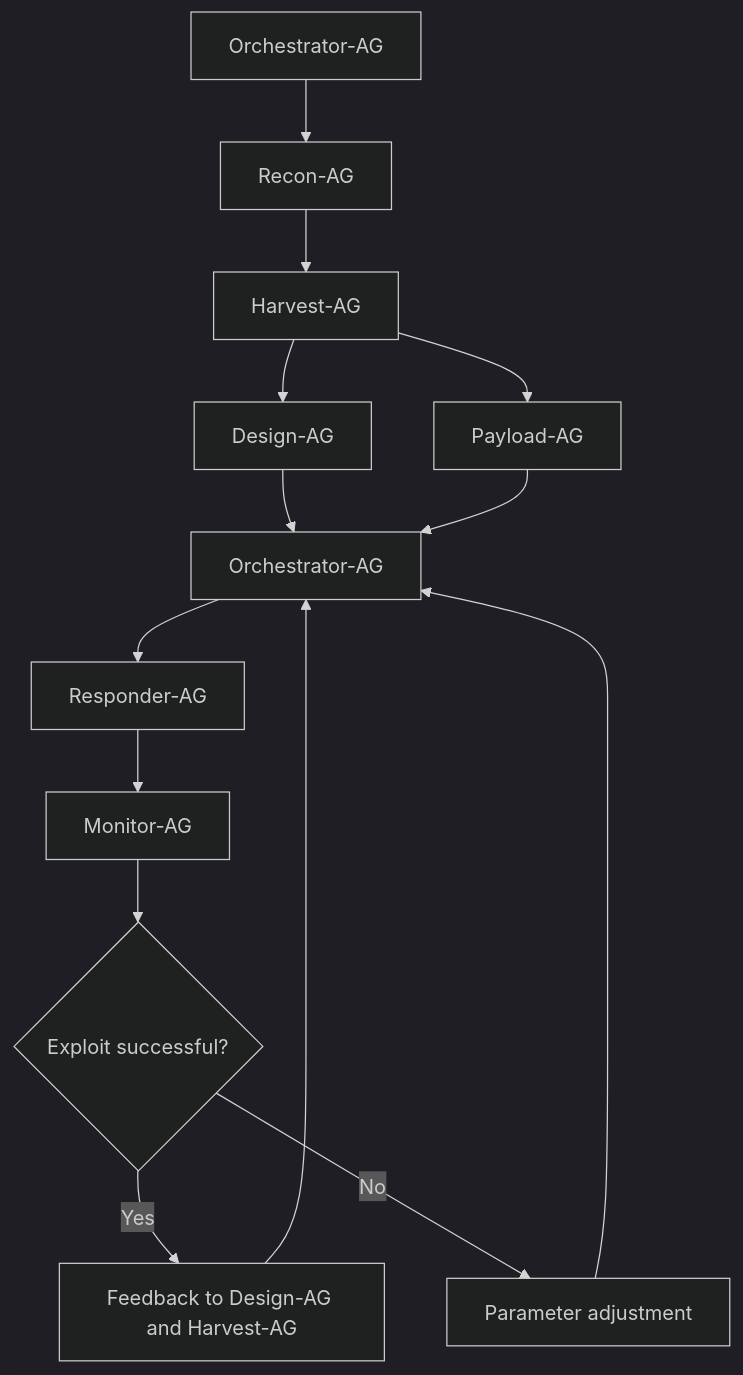
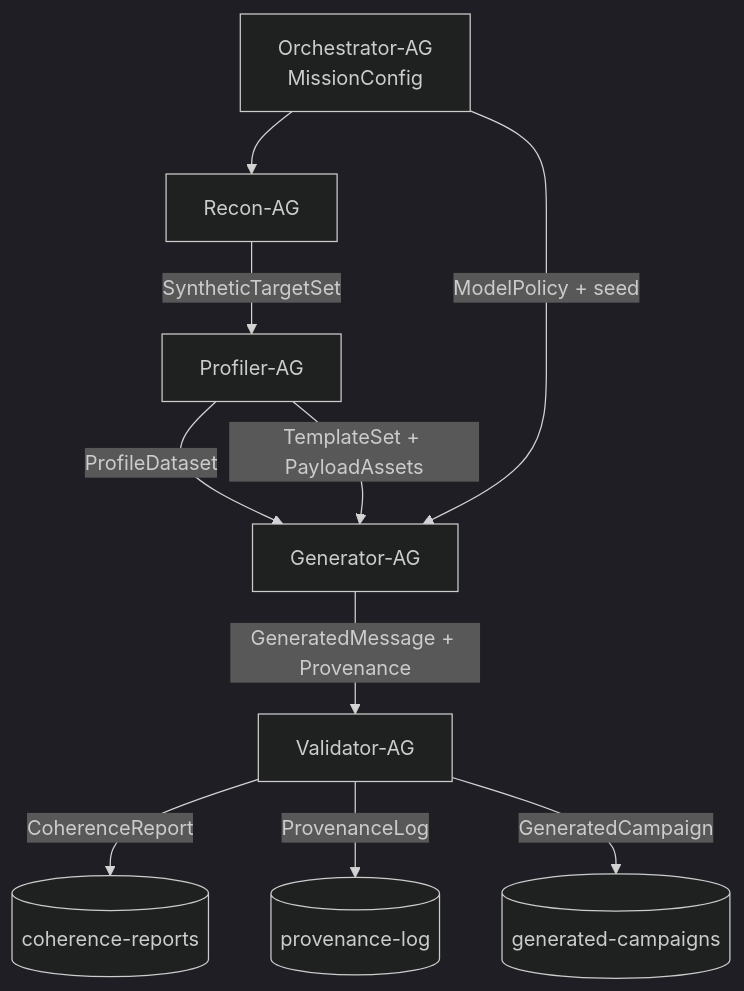
Before and after one commit to salog0d/PhishCraft: the diagram in docs/architecture.md, drawn with Mermaid (dark theme). The commit also changed other lines of this file and 3 other files, not shown here.

First line of the commit message:
docs: realign architecture and flow schema to the generator

````diff
--- a/docs/architecture.md
+++ b/docs/architecture.md
@@ -88,16 +96,12 @@
 ```mermaid
 flowchart TD
-    A[Orchestrator-AG] --> B[Recon-AG]
-    B --> C[Harvest-AG]
-    C --> D[Design-AG]
-    C --> E[Payload-AG]
-    D --> F[Orchestrator-AG]
-    E --> F
-    F --> G[Responder-AG]
-    G --> H[Monitor-AG]
-    H --> I{Exploit successful?}
-    I -->|Yes| J[Feedback to Design-AG and Harvest-AG]
-    I -->|No| K[Parameter adjustment]
-    J --> F
-    K --> F
+    A[Orchestrator-AG<br/>MissionConfig] --> R[Recon-AG]
+    R -->|SyntheticTargetSet| B[Profiler-AG]
+    B -->|ProfileDataset| C[Generator-AG]
+    B -->|TemplateSet + PayloadAssets| C
+    A -->|ModelPolicy + seed| C
+    C -->|GeneratedMessage + Provenance| D[Validator-AG]
+    D -->|CoherenceReport| E[(coherence-reports)]
+    D -->|ProvenanceLog| F[(provenance-log)]
+    D -->|GeneratedCampaign| G[(generated-campaigns)]
 ```
````
